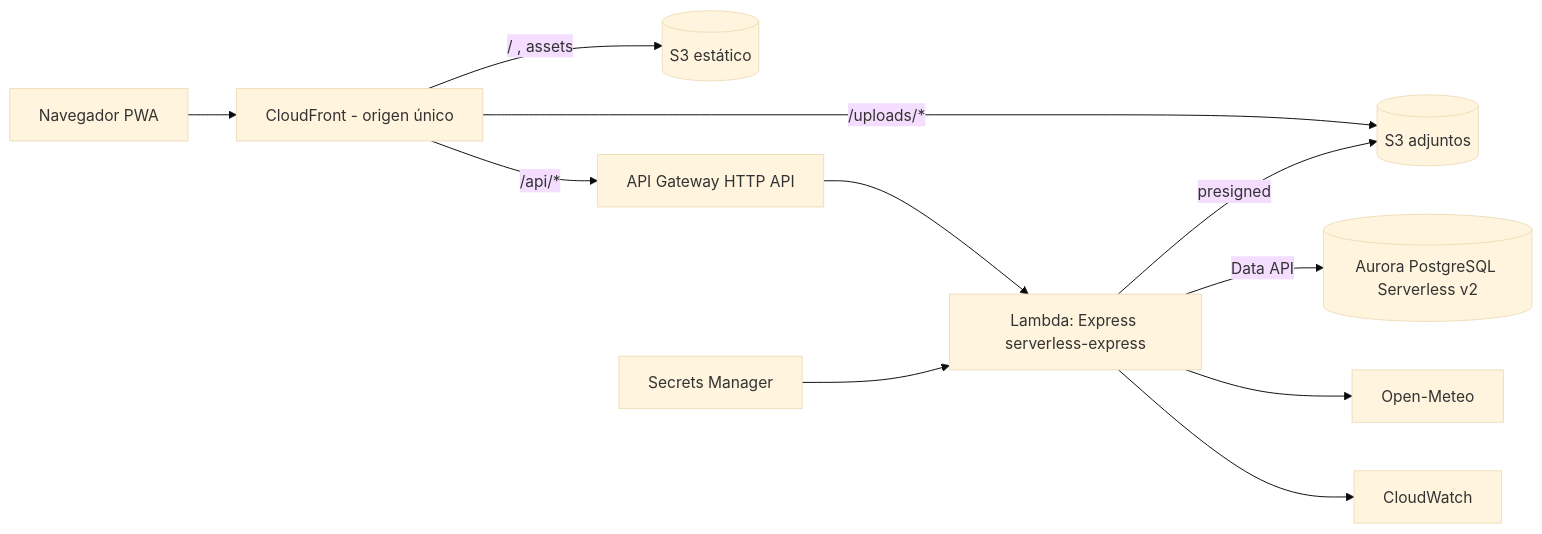
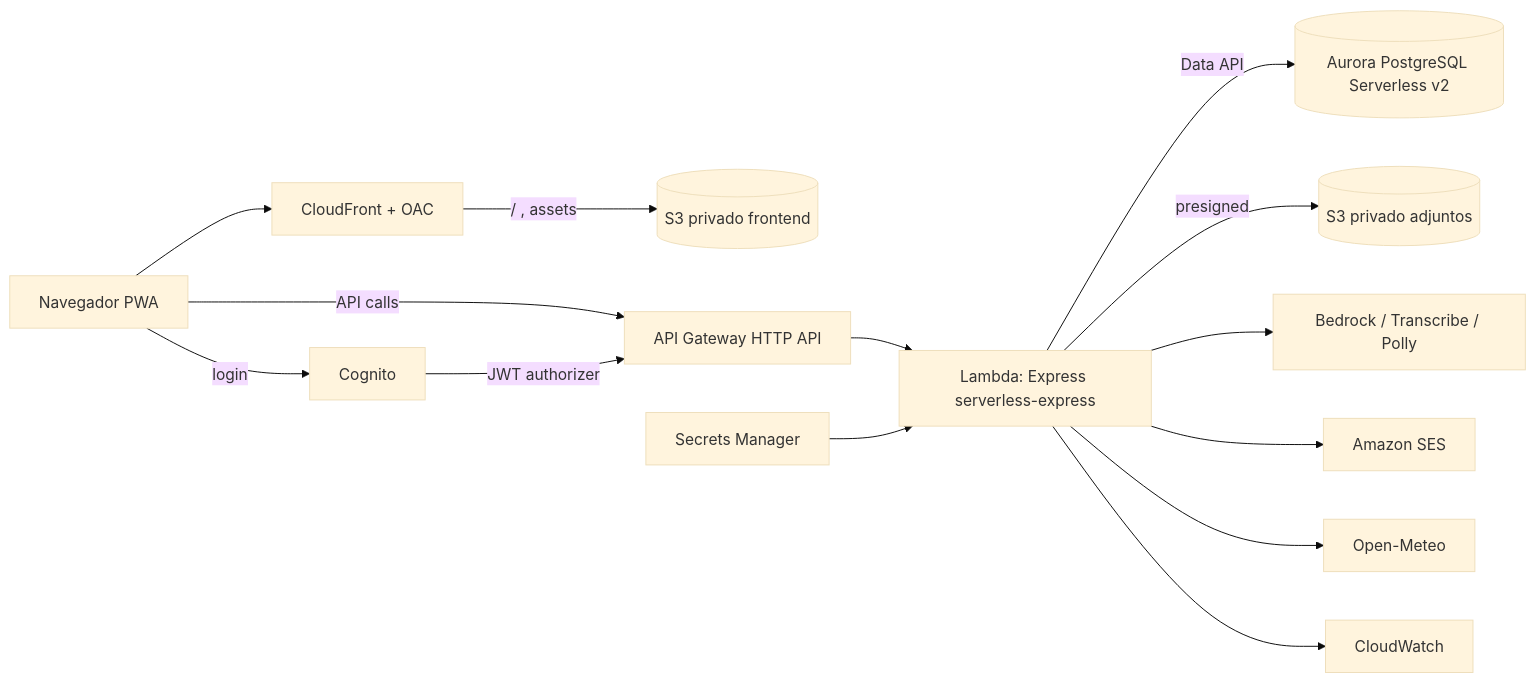
The second of 2 diagrams in README.md (PedroD1265/Agrosbo-KIRO-AWS), drawn with Mermaid (base theme) before and after one commit. The commit also changed other lines of this file and 12 other files, not shown here.

````diff
--- a/README.md
+++ b/README.md
@@ -89,13 +107,16 @@
 ```mermaid
 flowchart LR
-  U[Navegador PWA] --> CF[CloudFront - origen único]
-  CF -->|/ , assets| S3W[(S3 estático)]
-  CF -->|/uploads/*| S3U[(S3 adjuntos)]
-  CF -->|/api/*| AGW[API Gateway HTTP API]
+  U[Navegador PWA] --> CF[CloudFront + OAC]
+  CF -->|/ , assets| S3W[(S3 privado frontend)]
+  U -->|API calls| AGW[API Gateway HTTP API]
+  U -->|login| COG[Cognito]
+  COG -->|JWT authorizer| AGW
   AGW --> L[Lambda: Express serverless-express]
   L -->|Data API| AUR[(Aurora PostgreSQL Serverless v2)]
-  L -->|presigned| S3U
+  L -->|presigned| S3U[(S3 privado adjuntos)]
+  L --> BK[Bedrock / Transcribe / Polly]
+  L --> SES[Amazon SES]
   L --> OM[Open-Meteo]
   L --> CW[CloudWatch]
   SM[Secrets Manager] --> L
 ```
````
